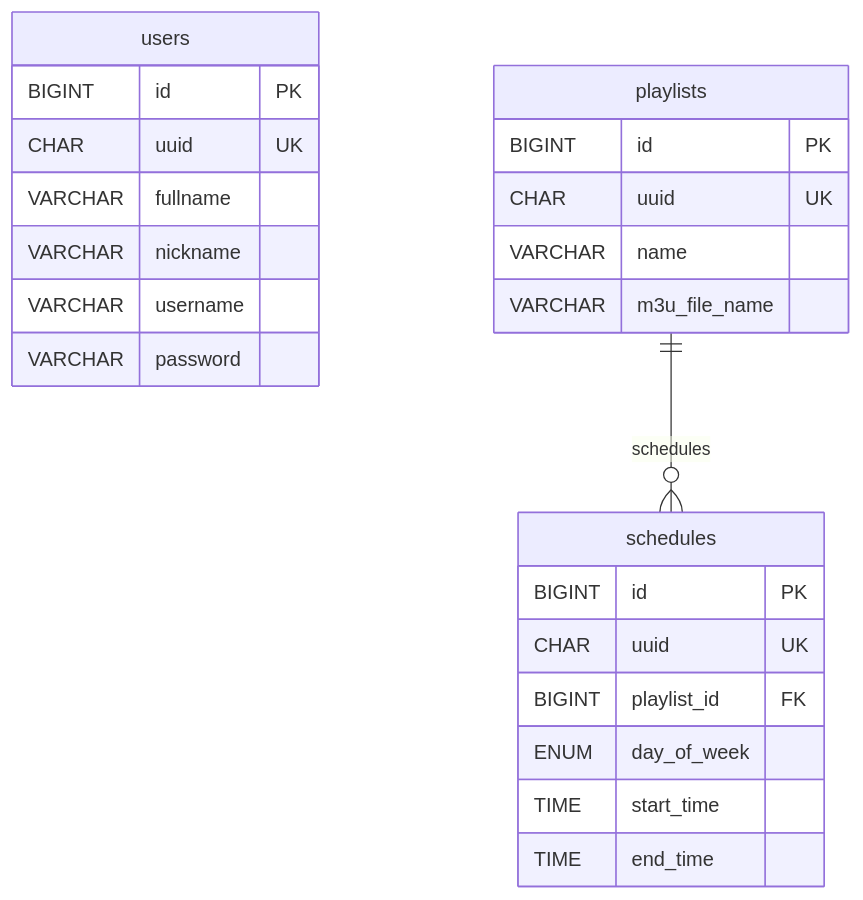
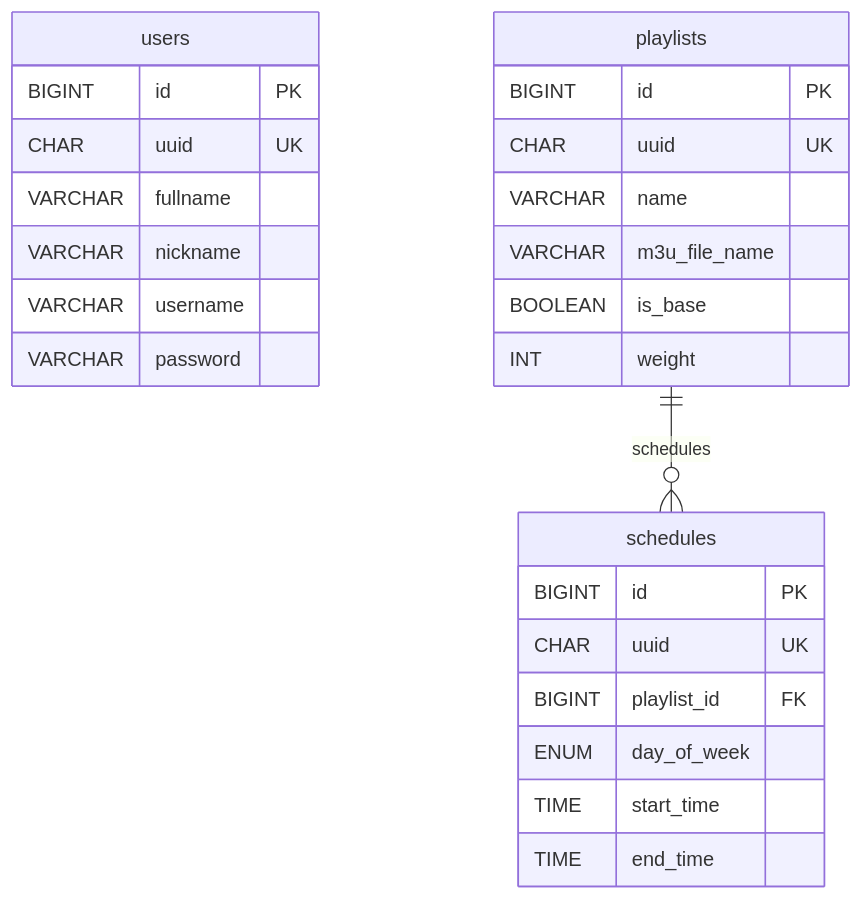
The diagram in docs/database-schema.md (ojgabrielleal/streamora), drawn with Mermaid before and after one commit. The commit also changed other lines of this file and 45 other files, not shown here.

````diff
--- a/docs/database-schema.md
+++ b/docs/database-schema.md
@@ -11,29 +11,31 @@
 ```mermaid
 erDiagram
     users {
         BIGINT id PK
         CHAR uuid UK
         VARCHAR fullname
         VARCHAR nickname
         VARCHAR username
         VARCHAR password
     }
 
     playlists {
         BIGINT id PK
         CHAR uuid UK
         VARCHAR name
         VARCHAR m3u_file_name
+        BOOLEAN is_base
+        INT weight
     }
 
     schedules {
         BIGINT id PK
         CHAR uuid UK
         BIGINT playlist_id FK
         ENUM day_of_week
         TIME start_time
         TIME end_time
     }
 
     playlists ||--o{ schedules : schedules
 ```
````
